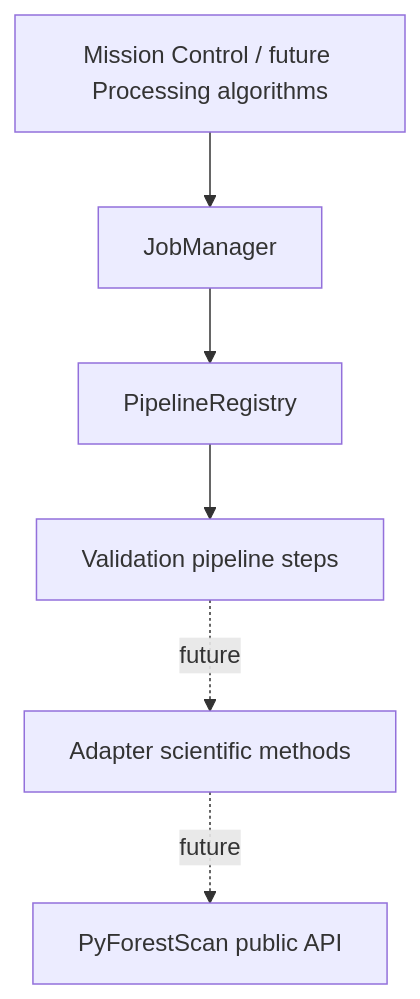
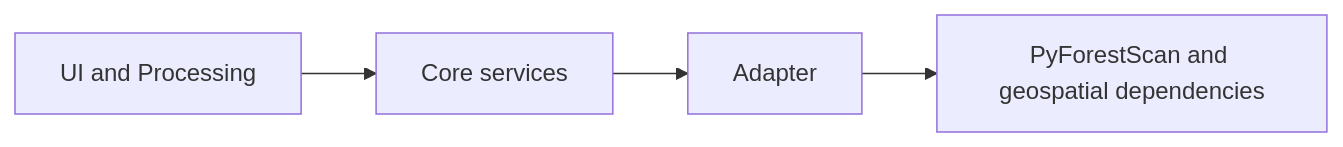
One commit to sticholas/pyforestscan-qgis changed the second of 4 diagrams in docs/ARCHITECTURE.md. Above: the diagram before and after it, drawn with Mermaid. The commit also changed other lines of this file and 41 other files, not shown here.

````diff
--- a/docs/ARCHITECTURE.md
+++ b/docs/ARCHITECTURE.md
@@ -145,8 +42,6 @@
 ```mermaid
-flowchart TD
-    A["Mission Control / future Processing algorithms"] --> B["JobManager"]
-    B --> C["PipelineRegistry"]
-    C --> D["Validation pipeline steps"]
-    D -."future".-> E["Adapter scientific methods"]
-    E -."future".-> F["PyForestScan public API"]
+flowchart LR
+    A["UI and Processing"] --> B["Core services"]
+    B --> C["Adapter"]
+    C --> D["PyForestScan and geospatial dependencies"]
 ```
````
